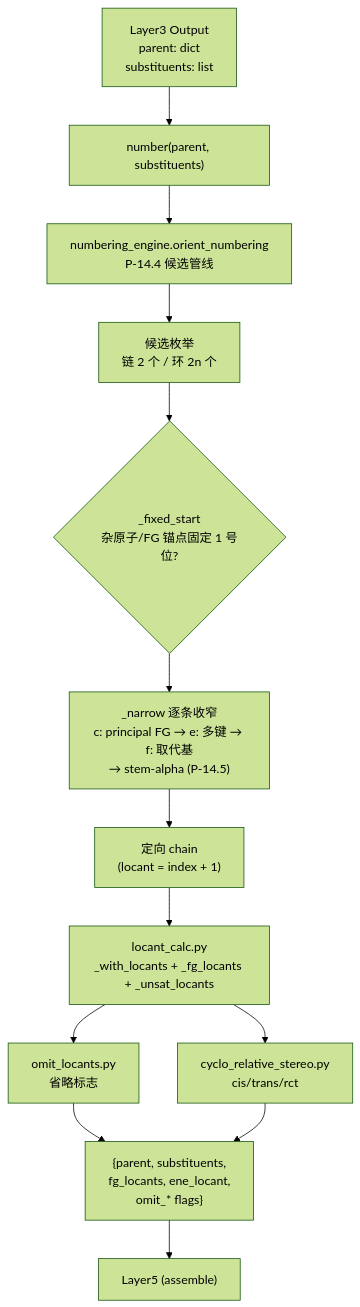
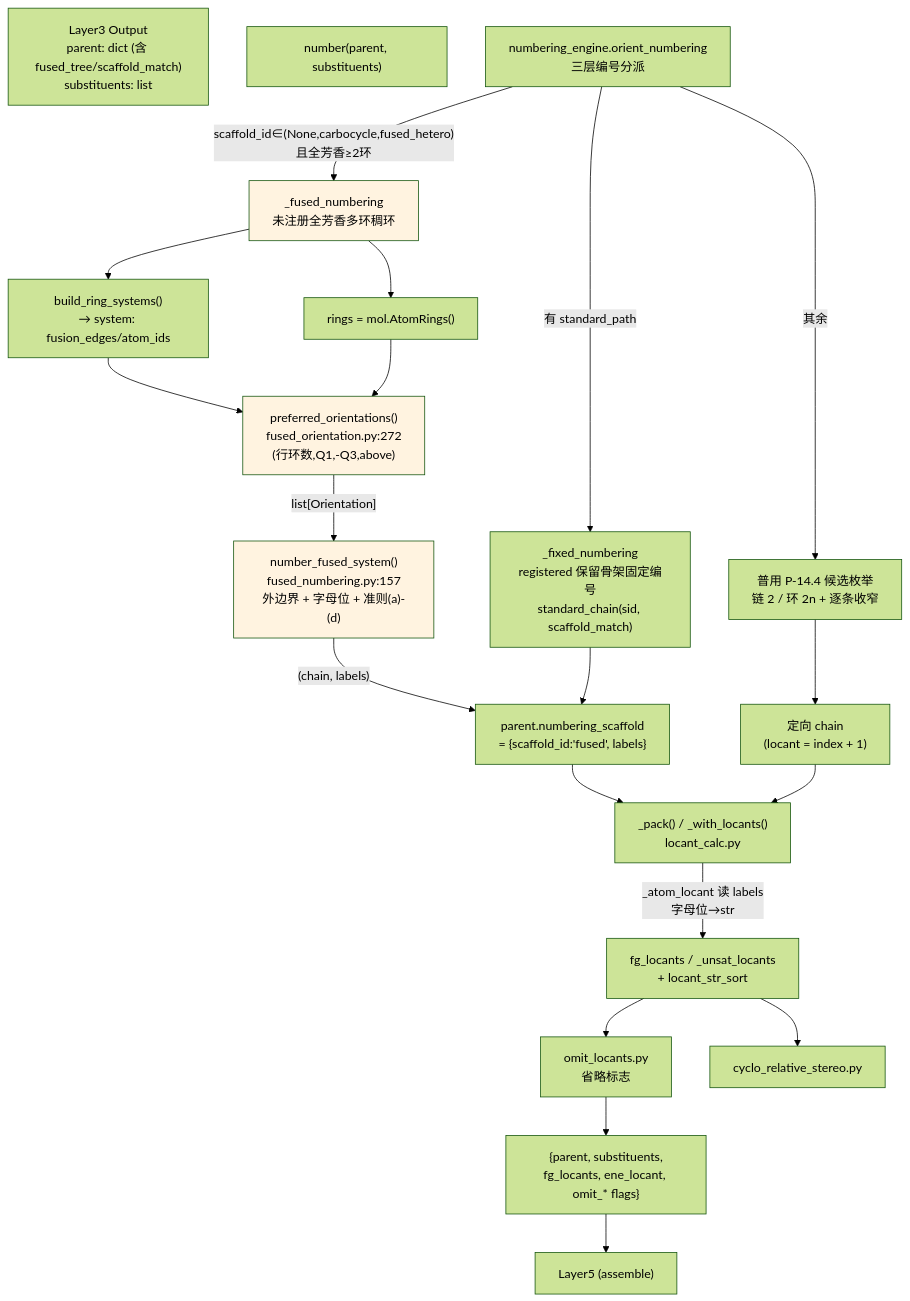
One commit to zouxiaofei1/OpenSMILES changed the diagram in docs/wiki/architecture/layer4-numbering.md. Above: the diagram before and after it, drawn with Mermaid (forest theme). The commit also changed other lines of this file and 15 other files, not shown here.

````diff
--- a/docs/wiki/architecture/layer4-numbering.md
+++ b/docs/wiki/architecture/layer4-numbering.md
@@ -142,25 +219,35 @@
 ```mermaid
 flowchart TD
-    L3["Layer3 Output<br/>parent: dict<br/>substituents: list"]
+    L3["Layer3 Output<br/>parent: dict (含 fused_tree/scaffold_match)<br/>substituents: list"]
     NUM["number(parent, substituents)"]
-    ORIENT["numbering_engine.orient_numbering<br/>P-14.4 候选管线"]
-    CAND["候选枚举<br/>链 2 个 / 环 2n 个"]
-    START{"_fixed_start<br/>杂原子/FG 锚点固定 1 号位?"}
-    NARROW["_narrow 逐条收窄<br/>c: principal FG → e: 多键 → f: 取代基<br/>→ stem-alpha (P-14.5)"]
-    LOC["locant_calc.py<br/>_with_locants + _fg_locants + _unsat_locants"]
-    OMIT["omit_locants.py<br/>省略标志"]
-    STEREO["cyclo_relative_stereo.py<br/>cis/trans/rct"]
+    ORIENT["numbering_engine.orient_numbering<br/>三层编号分派"]
 
-    L3 --> NUM
-    NUM --> ORIENT
-    ORIENT --> CAND
-    CAND --> START
-    START --> NARROW
-    NARROW --> CHAIN["定向 chain<br/>(locant = index + 1)"]
-    CHAIN --> LOC
-    LOC --> OMIT
-    LOC --> STEREO
-    OMIT --> OUT["{parent, substituents,<br/>fg_locants, ene_locant,<br/>omit_* flags}"]
-    STEREO --> OUT
+    LEFT["_fixed_numbering<br/>registered 保留骨架固定编号<br/>standard_chain(sid, scaffold_match)"]
+    FUSED["_fused_numbering<br/>未注册全芳香多环稠环"]
+    GEN["普用 P-14.4 候选枚举<br/>链 2 / 环 2n + 逐条收窄"]
+
+    ORIENT -->|"有 standard_path"| LEFT
+    ORIENT -->|"scaffold_id∈(None,carbocycle,fused_hetero)<br/>且全芳香≥2环"| FUSED
+    ORIENT -->|"其余"| GEN
+
+    FUSED --> BRS["build_ring_systems()<br/>→ system: fusion_edges/atom_ids"]
+    FUSED --> RINGS["rings = mol.AtomRings()"]
+    BRS --> ORIENT2["preferred_orientations()<br/>fused_orientation.py:272<br/>(行环数,Q1,-Q3,above)"]
+    RINGS --> ORIENT2
+    ORIENT2 -->|"list[Orientation]"| NF["number_fused_system()<br/>fused_numbering.py:157<br/>外边界 + 字母位 + 准则(a)-(d)"]
+    NF -->|"(chain, labels)"| SCAFF["parent.numbering_scaffold<br/>= {scaffold_id:'fused', labels}"]
+    LEFT --> SCAFF
+
+    SCAFF --> PACK["_pack() / _with_locants()<br/>locant_calc.py"]
+    PACK -->|"_atom_locant 读 labels<br/>字母位→str"| LOCS["fg_locants / _unsat_locants<br/>+ locant_str_sort"]
+    LOCS --> OMIT["omit_locants.py<br/>省略标志"]
+    LOCS --> STEREO["cyclo_relative_stereo.py"]
+    OMIT --> OUT["{parent, substituents,<br/>fg_locants, ene_locant, omit_* flags}"]
     OUT --> L5["Layer5 (assemble)"]
+
+    GEN --> CHAIN["定向 chain<br/>(locant = index + 1)"]
+    CHAIN --> PACK
+    style FUSED fill:#fff3e0
+    style NF fill:#fff3e0
+    style ORIENT2 fill:#fff3e0
 ```
````
